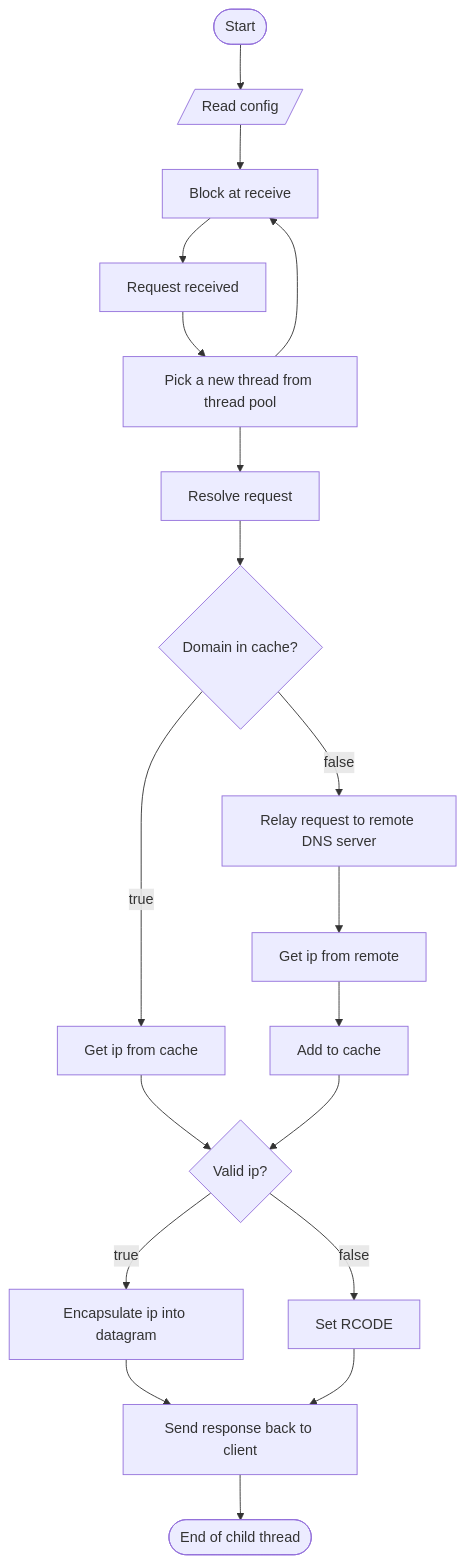
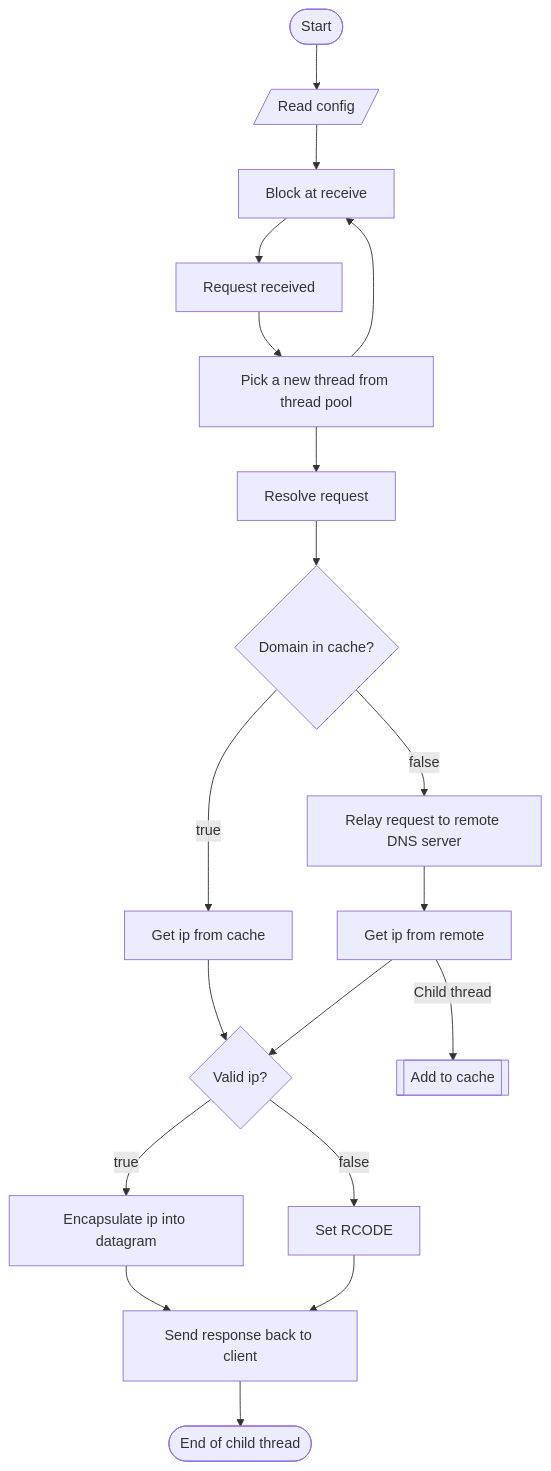
The third of 3 diagrams in docs/report.md (JerryZhangZZY/DnsRelay), drawn with Mermaid before and after one commit. The commit also changed other lines of this file, not shown here.

````diff
--- a/docs/report.md
+++ b/docs/report.md
@@ -100,28 +162,29 @@
 ```mermaid
 flowchart TB
 
 st([Start])
 1[/Read config/]
 2[Block at receive]
 3[Request received]
 4[Pick a new thread from thread pool]
 5[Resolve request]
 6{Domain in cache?}
 7[Get ip from cache]
 8[Relay request to remote DNS server]
 9[Get ip from remote]
-10[Add to cache]
+10[[Add to cache]]
 11{Valid ip?}
 12[Encapsulate ip into datagram]
 13[Set RCODE]
 14[Send response back to client]
 nd([End of child thread])
 
 st-->1-->2-->3-->4-->2
 4-->5-->6
 6-->|true|7-->11
-6-->|false|8-->9-->10-->11
+6-->|false|8-->9-->11
+9-->|Child thread|10
 11-->|true|12-->14
 11-->|false|13-->14
 14-->nd
 ```
````
